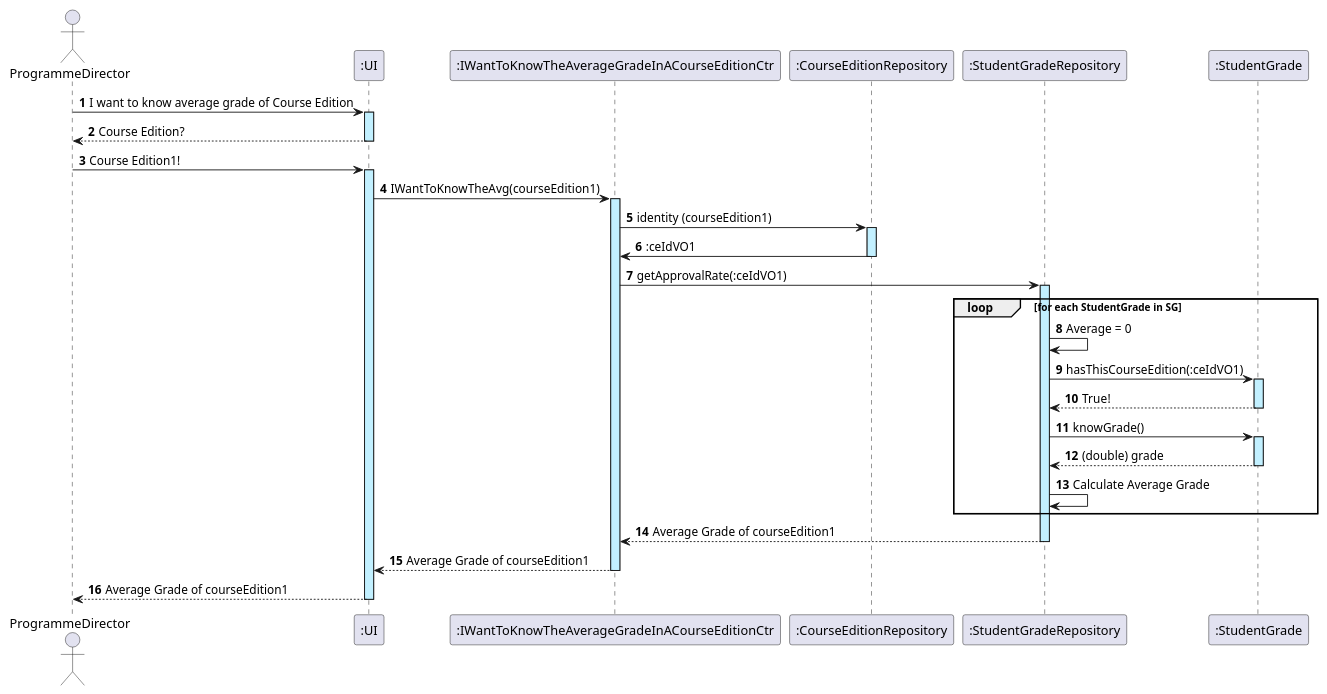
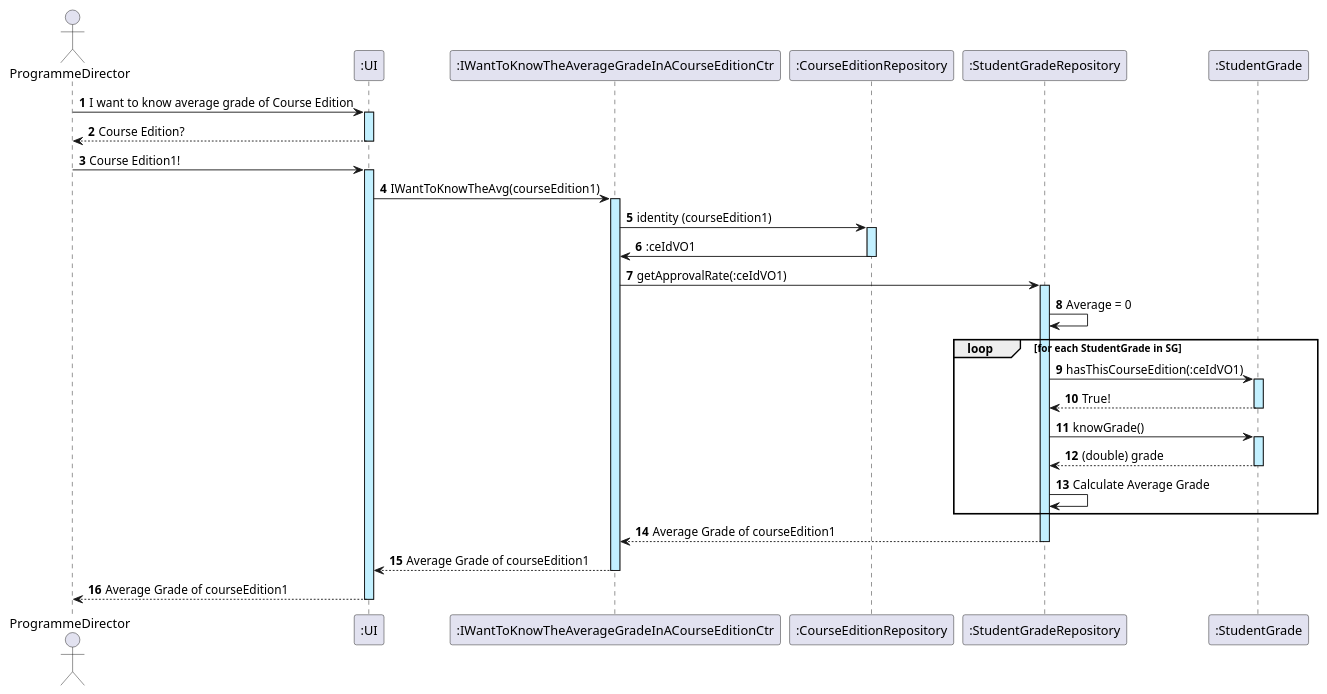
The diagram in docs/US25/US25_knowTheAverageGradeInACourseEditionSD.puml (GasparISEP/DevOps-PAI), drawn with PlantUML before and after one commit.

Commit message:
Ref #55 : US25 upgraded sequence Diagram

```diff
--- a/docs/US25/US25_knowTheAverageGradeInACourseEditionSD.puml
+++ b/docs/US25/US25_knowTheAverageGradeInACourseEditionSD.puml
@@ -1,39 +1,40 @@
 @startuml
 actor ProgrammeDirector
 participant ":UI" as UI
 participant ":IWantToKnowTheAverageGradeInACourseEditionCtr" as KA
 participant ":CourseEditionRepository" as CER
 participant ":StudentGradeRepository" as SG
 participant ":StudentGrade" as StudentGrade
 autonumber
 
 
 ProgrammeDirector -> UI ++ #application: I want to know average grade of Course Edition
 UI --> ProgrammeDirector -- : Course Edition?
 ProgrammeDirector -> UI ++ #application: Course Edition1!
 UI -> KA ++ #application : IWantToKnowTheAvg(courseEdition1)
 KA -> CER ++ #application : identity (courseEdition1)
 CER -> KA :  :ceIdVO1
 deactivate CER
 KA -> SG ++ #application : getApprovalRate(:ceIdVO1)
 
+ SG -> SG : Average = 0
 loop for each StudentGrade in SG
-    SG -> SG : Average = 0
     SG -> StudentGrade : hasThisCourseEdition(:ceIdVO1)
     activate StudentGrade #application
     StudentGrade --> SG : True!
     deactivate StudentGrade
 
     SG -> StudentGrade : knowGrade()
     activate StudentGrade #application
     StudentGrade --> SG : (double) grade
     deactivate StudentGrade
-    SG -> SG : Calculate Average Grade
+     SG -> SG : Calculate Average Grade
 end
+
 
 
 SG --> KA --: Average Grade of courseEdition1
 KA --> UI --: Average Grade of courseEdition1
 UI --> ProgrammeDirector --: Average Grade of courseEdition1
 
 @enduml
```
